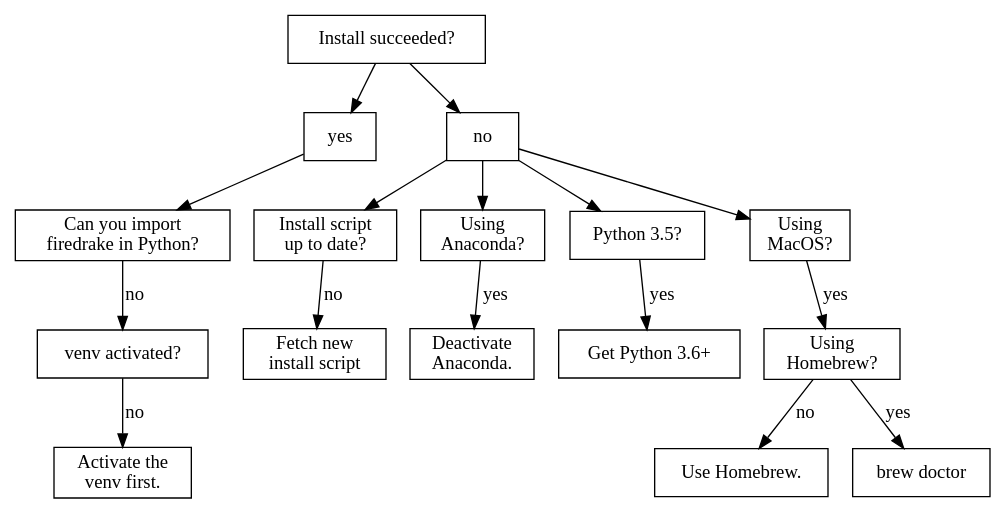
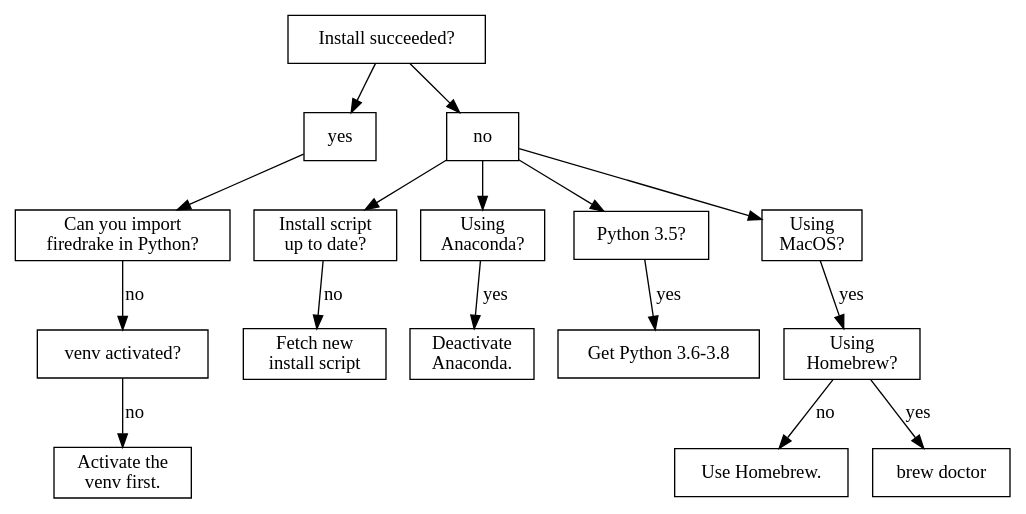
The diagram in docs/source/install-debug.dot (firedrakeproject/firedrake), drawn with Graphviz before and after one commit. The commit also changed 1 other file, not shown here.

Commit message:
Clarify python versions needed

```diff
--- a/docs/source/install-debug.dot
+++ b/docs/source/install-debug.dot
@@ -1,35 +1,35 @@
 digraph triage {
     node [shape=rect];
 
     can_install [label="Install succeeded?"];
     install_succeeded [label="yes"];
     install_failed [label="no"];
     can_import [label="Can you import\nfiredrake in Python?"];
     venv_activated [label="venv activated?"];
     install_script_up_to_date [label="Install script\nup to date?"];
     using_anaconda [label="Using\nAnaconda?"];
     python_version [label="Python 3.5?"];
     using_macos [label="Using\nMacOS?"];
     using_homebrew [label="Using\nHomebrew?"];
 
     activate_venv [label="Activate the\nvenv first."];
     uninstall_anaconda [label="Deactivate\nAnaconda."];
-    update_python [label="Get Python 3.6+"];
+    update_python [label="Get Python 3.6-3.8"];
     update_install_script [label="Fetch new\ninstall script"];
     get_homebrew [label="Use Homebrew."];
     brew_doctor [label="brew doctor"];
 
     can_install -> install_succeeded;
     install_succeeded -> can_import;
     can_import -> venv_activated [label="no"];
     venv_activated -> activate_venv [label="no"];
 
     can_install -> install_failed;
     install_failed -> {install_script_up_to_date, using_anaconda, python_version, using_macos};
     install_script_up_to_date -> update_install_script [label="no"];
     python_version -> update_python [label="yes"];
     using_anaconda -> uninstall_anaconda [label="yes"];
     using_macos -> using_homebrew [label="yes"];
     using_homebrew -> get_homebrew [label="no"];
     using_homebrew -> brew_doctor [label="yes"];
 }
```
